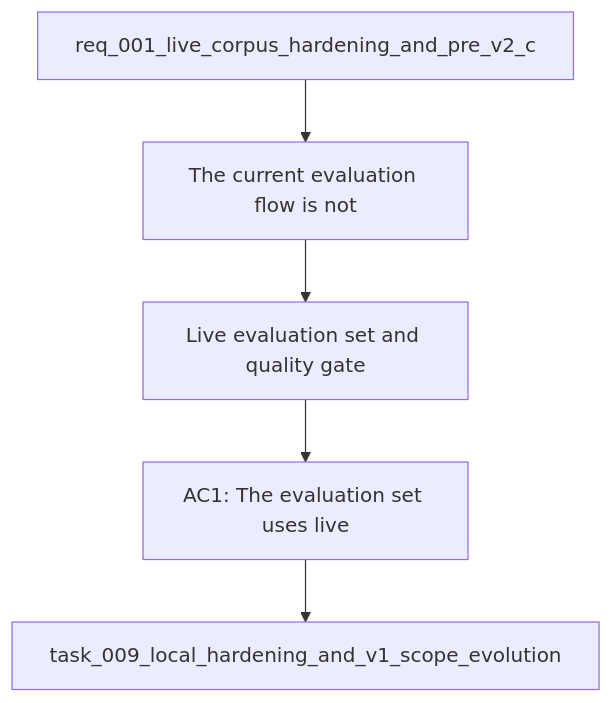
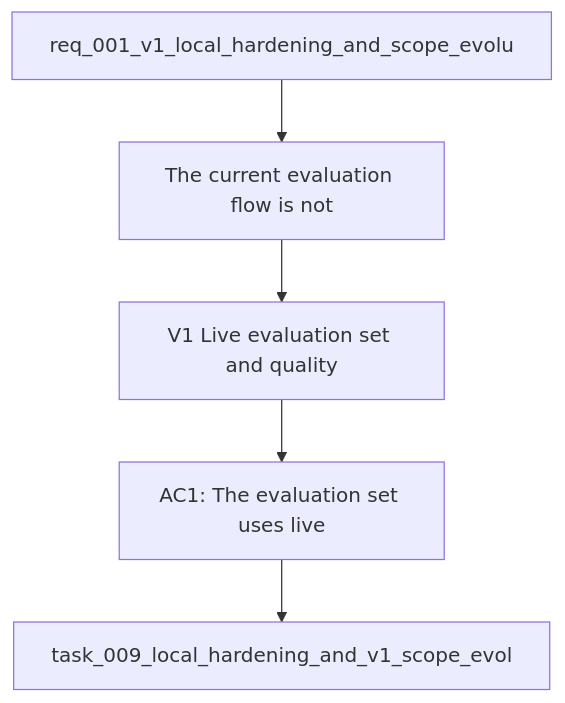
The diagram in logics/backlog/item_016_v1_live_evaluation_set_and_quality_gate.md (AlexAgo83/deepvault), drawn with Mermaid before and after one commit. The commit also changed 28 other files, not shown here.

````diff
--- a/logics/backlog/item_016_v1_live_evaluation_set_and_quality_gate.md
+++ b/logics/backlog/item_016_v1_live_evaluation_set_and_quality_gate.md
@@ -21,9 +21,9 @@
 ```mermaid
 %% logics-kind: backlog
 %% logics-signature: backlog|v1-live-evaluation-set-and-quality-gate|req-001-v1-local-hardening-and-scope-evo|the-current-evaluation-flow-is-not|ac1-the-evaluation-set-uses-live
 flowchart TD
-    Request[req_001_live_corpus_hardening_and_pre_v2_c] --> Problem[The current evaluation flow is not]
-    Problem --> Scope[Live evaluation set and quality gate]
+    Request[req_001_v1_local_hardening_and_scope_evolu] --> Problem[The current evaluation flow is not]
+    Problem --> Scope[V1 Live evaluation set and quality]
     Scope --> Acceptance[AC1: The evaluation set uses live]
-    Acceptance --> Tasks[task_009_local_hardening_and_v1_scope_evolution]
+    Acceptance --> Tasks[task_009_local_hardening_and_v1_scope_evol]
 ```
````
